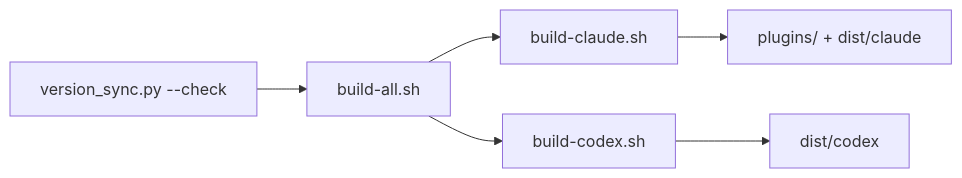
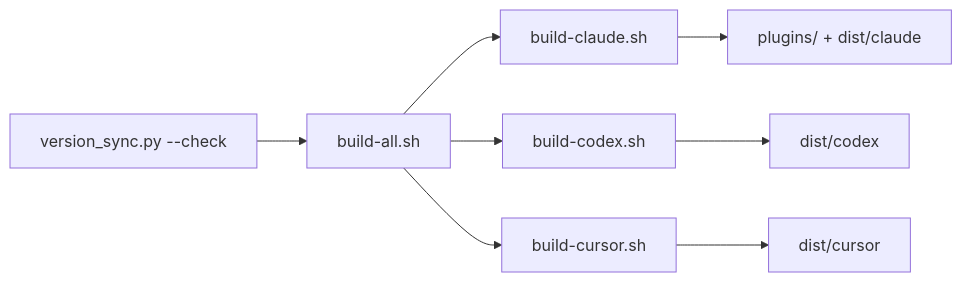
The diagram in docs/03-빌드-및-실행.md (Jimmy-Jung/ai-symbiote), drawn with Mermaid before and after one commit. The commit also changed other lines of this file and 6 other files, not shown here.

````diff
--- a/docs/03-빌드-및-실행.md
+++ b/docs/03-빌드-및-실행.md
@@ -23,8 +23,10 @@
 ```mermaid
 flowchart LR
     A["version_sync.py --check"] --> B["build-all.sh"]
     B --> C["build-claude.sh"]
     B --> D["build-codex.sh"]
-    C --> E["plugins/ + dist/claude"]
-    D --> F["dist/codex"]
+    B --> E["build-cursor.sh"]
+    C --> F["plugins/ + dist/claude"]
+    D --> G["dist/codex"]
+    E --> H["dist/cursor"]
 ```
````
